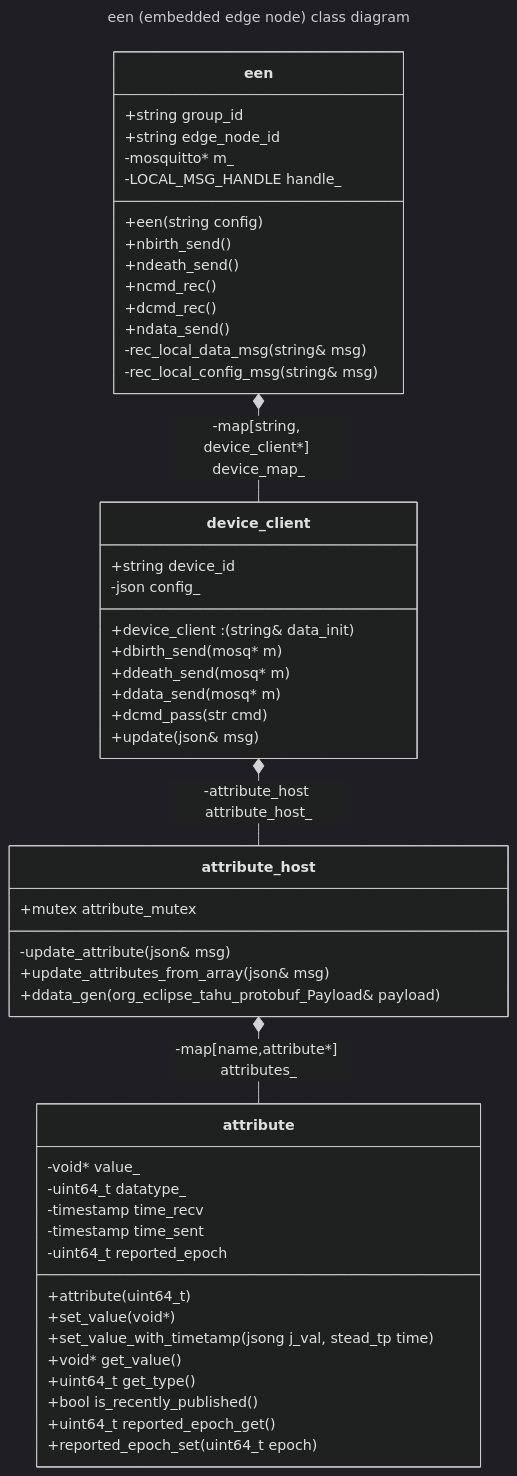
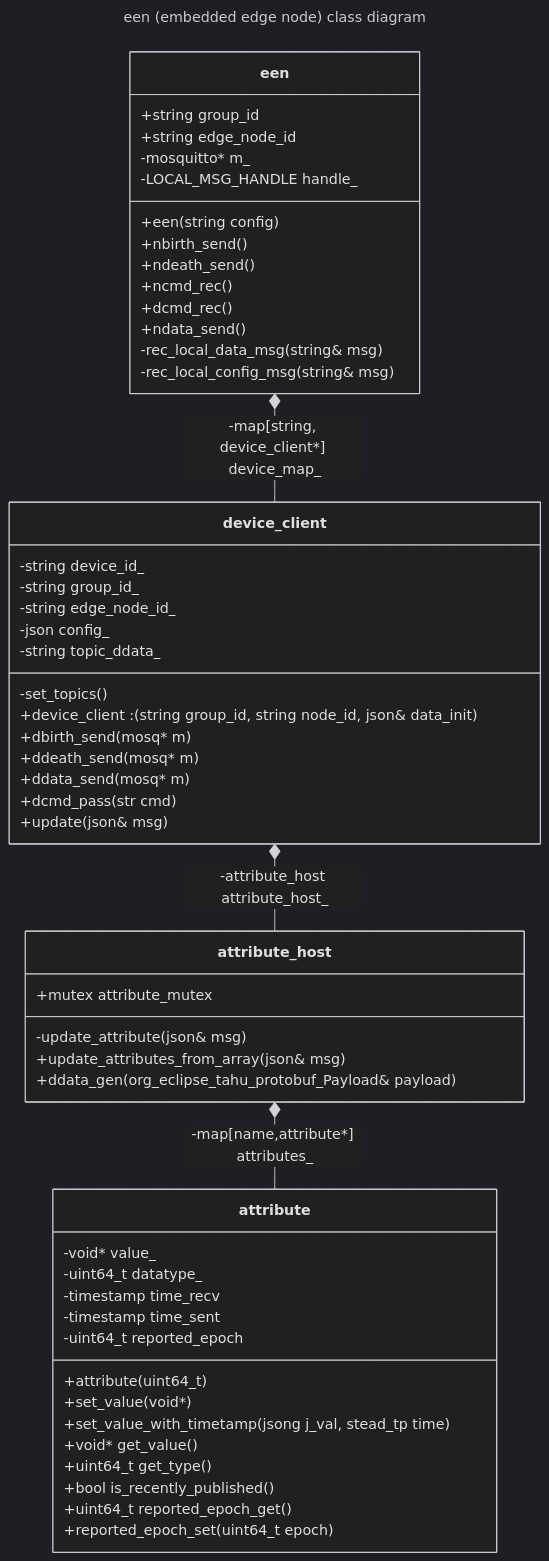
Before and after one commit to DJTakushi/spbd: the second of 2 diagrams in README.md, drawn with Mermaid (dark theme). The commit also changed 4 other files, not shown here.

Commit message:
device_client flesh-out

````diff
--- a/README.md
+++ b/README.md
@@ -39,59 +39,63 @@
 ```mermaid
 ---
 title: een (embedded edge node) class diagram
 ---
 classDiagram
 
 class een{
   +string group_id
   +string edge_node_id
   -mosquitto* m_
   -LOCAL_MSG_HANDLE handle_
   +een(string config)
   +nbirth_send()
   +ndeath_send()
   +ncmd_rec()
   +dcmd_rec()
   +ndata_send()
   -rec_local_data_msg(string& msg)
   -rec_local_config_msg(string& msg)
 }
 
 class device_client{
-  +string device_id
+  -string device_id_
+  -string group_id_
+  -string edge_node_id_
   -json config_
+  -string topic_ddata_
+  -set_topics()
 
-  +device_client : (string& data_init)
+  +device_client : (string group_id, string node_id, json& data_init)
   +dbirth_send(mosq* m)
   +ddeath_send(mosq* m)
   +ddata_send(mosq* m)
   +dcmd_pass(str cmd)
   +update(json& msg)
 }
 een *-- device_client : -map[string, device_client*] device_map_
 
 class attribute_host{
   +mutex attribute_mutex
   -update_attribute(json& msg)
   +update_attributes_from_array(json& msg)
   +ddata_gen(org_eclipse_tahu_protobuf_Payload& payload)
 }
 device_client *-- attribute_host : -attribute_host attribute_host_
 
 class attribute{
   -void* value_
   -uint64_t datatype_
   -timestamp time_recv
   -timestamp time_sent
   -uint64_t reported_epoch
   +attribute(uint64_t)
   +set_value(void*)
   +set_value_with_timetamp(jsong  j_val, stead_tp time)
   +void* get_value()
   +uint64_t get_type()
   +bool is_recently_published()
   +uint64_t reported_epoch_get()
   +reported_epoch_set(uint64_t epoch)
 }
 attribute_host *-- attribute : -map[name,attribute*] attributes_
 ```
````
